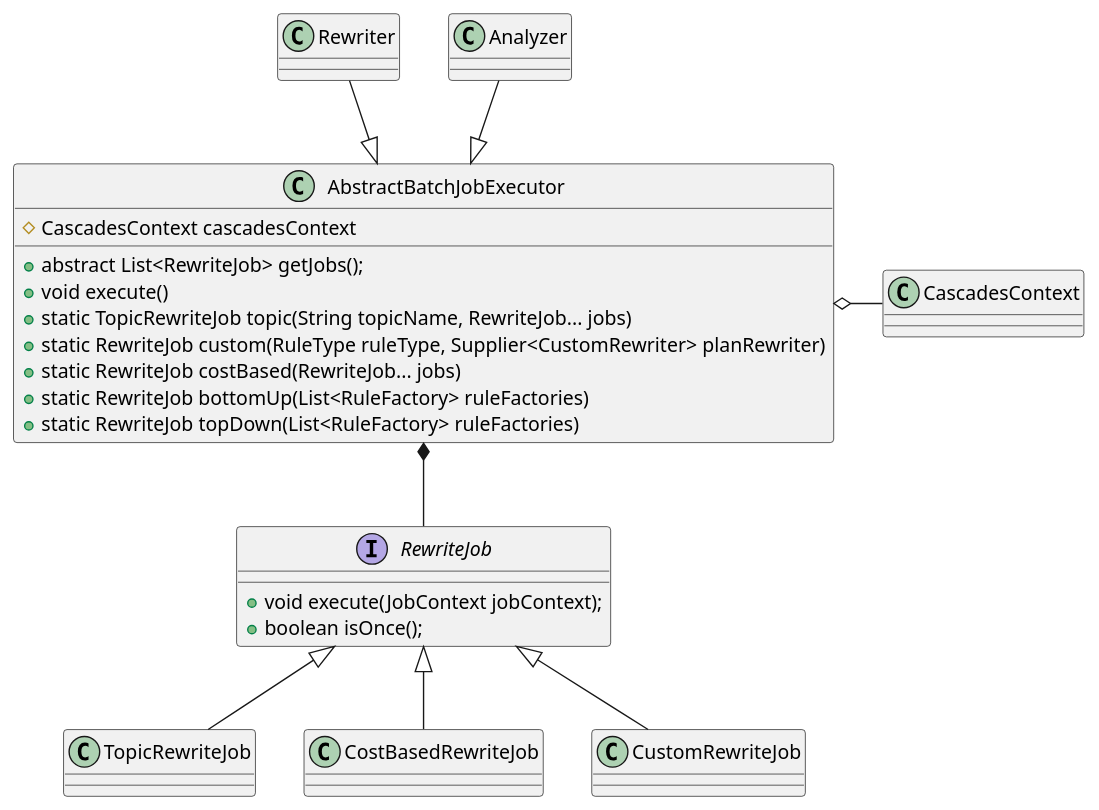
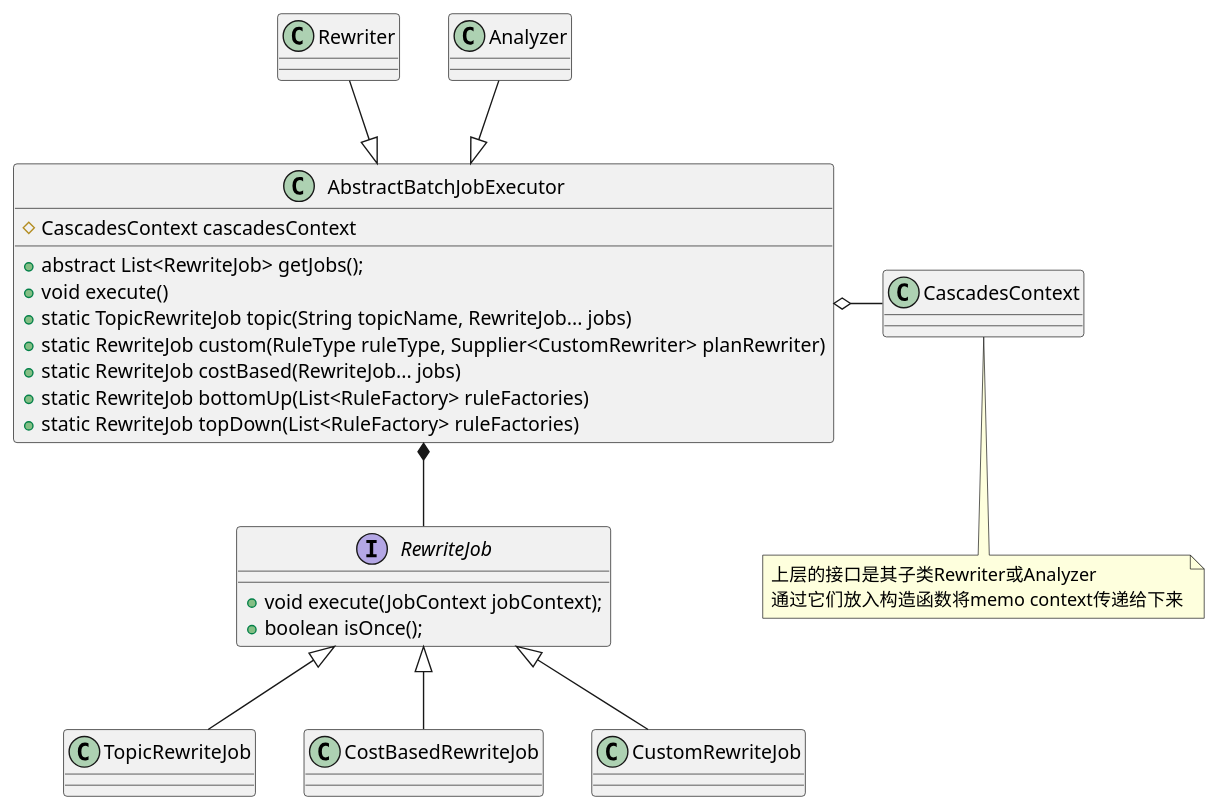
Before and after one commit to DepInjoy/geektime: the first of 2 diagrams in doc/DB/Doris/SourceRead/00_01_Optimizer_RewriteFramework.md, drawn with PlantUML. The commit also changed other lines of this file and 2 other files, not shown here.

Commit message:
Doris Rewrite Framework梳理

````diff
--- a/doc/DB/Doris/SourceRead/00_01_Optimizer_RewriteFramework.md
+++ b/doc/DB/Doris/SourceRead/00_01_Optimizer_RewriteFramework.md
@@ -1,29 +1,32 @@
 ```plantuml
 @startuml
 class AbstractBatchJobExecutor {
     # CascadesContext cascadesContext
     + abstract List<RewriteJob> getJobs();
     + void execute()
     + static TopicRewriteJob topic(String topicName, RewriteJob... jobs)
     + static RewriteJob custom(RuleType ruleType, Supplier<CustomRewriter> planRewriter)
     + static RewriteJob costBased(RewriteJob... jobs)
     + static RewriteJob bottomUp(List<RuleFactory> ruleFactories)
     + static RewriteJob topDown(List<RuleFactory> ruleFactories)
 }
 
 interface RewriteJob {
     + void execute(JobContext jobContext);
     + boolean isOnce();
 }
 
+class CascadesContext {}
+note bottom of CascadesContext : 上层的接口是其子类Rewriter或Analyzer\n通过它们放入构造函数将memo context传递给下来
+
 Rewriter -down-|> AbstractBatchJobExecutor
 Analyzer -down-|> AbstractBatchJobExecutor
 
 CascadesContext -left-o AbstractBatchJobExecutor
 
 RewriteJob -up-* AbstractBatchJobExecutor
 TopicRewriteJob -up-|> RewriteJob
 CostBasedRewriteJob -up-|> RewriteJob
 CustomRewriteJob -up-|> RewriteJob
 @enduml
 ```
````
